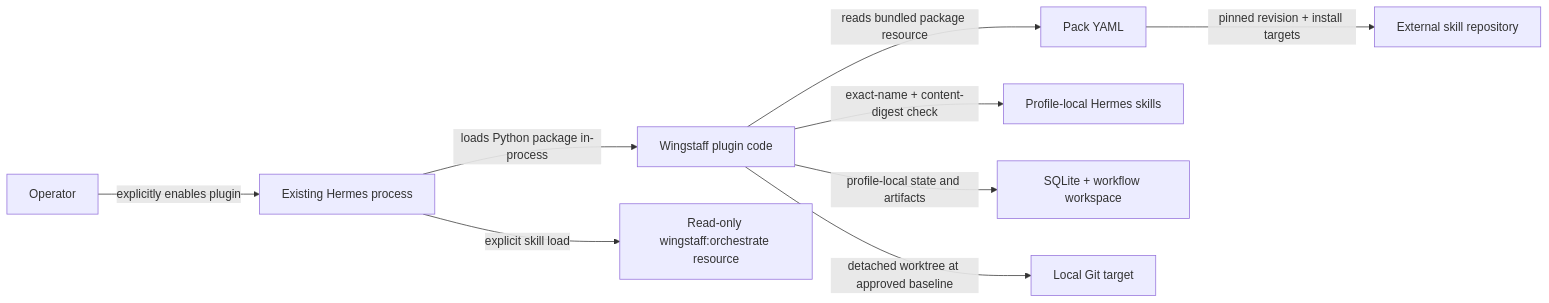
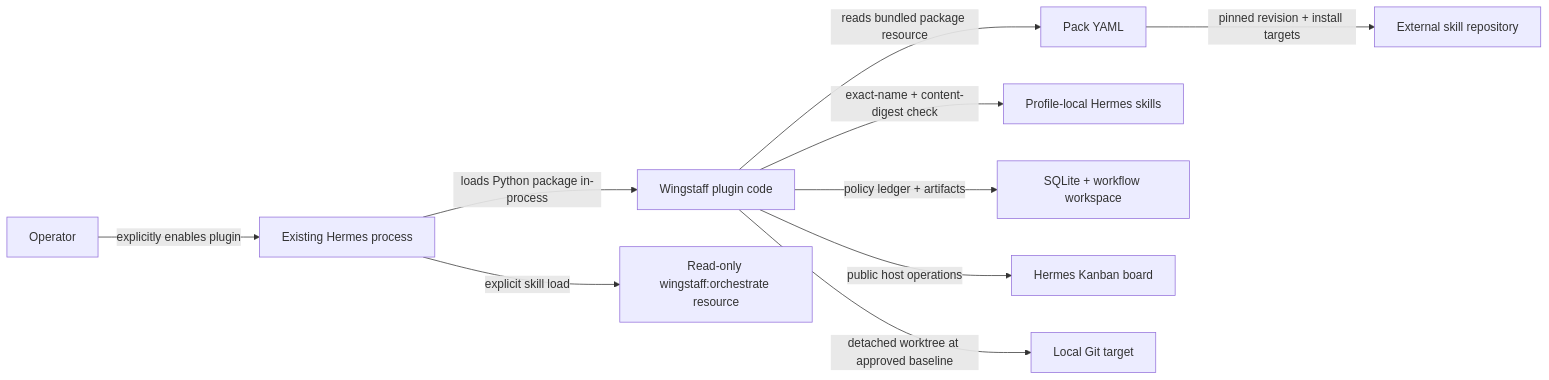
The diagram in docs/06-security.md (forgegod/daidala), drawn with Mermaid before and after one commit. The commit also changed other lines of this file and 9 other files, not shown here.

First line of the commit message:
docs: define Kanban-native Wingstaff authority and workflow

````diff
--- a/docs/06-security.md
+++ b/docs/06-security.md
@@ -9,11 +10,12 @@
 ```mermaid
 flowchart LR
     OP["Operator"] -->|"explicitly enables plugin"| H["Existing Hermes process"]
     H -->|"loads Python package in-process"| W["Wingstaff plugin code"]
     W -->|"reads bundled package resource"| Y["Pack YAML"]
     W -->|"exact-name + content-digest check"| I["Profile-local Hermes skills"]
-    W -->|"profile-local state and artifacts"| D["SQLite + workflow workspace"]
+    W -->|"policy ledger + artifacts"| D["SQLite + workflow workspace"]
+    W -->|"public host operations"| K["Hermes Kanban board"]
     W -->|"detached worktree at approved baseline"| G["Local Git target"]
     Y -->|"pinned revision + install targets"| E["External skill repository"]
     H -->|"explicit skill load"| S["Read-only wingstaff:orchestrate resource"]
 ```
````
